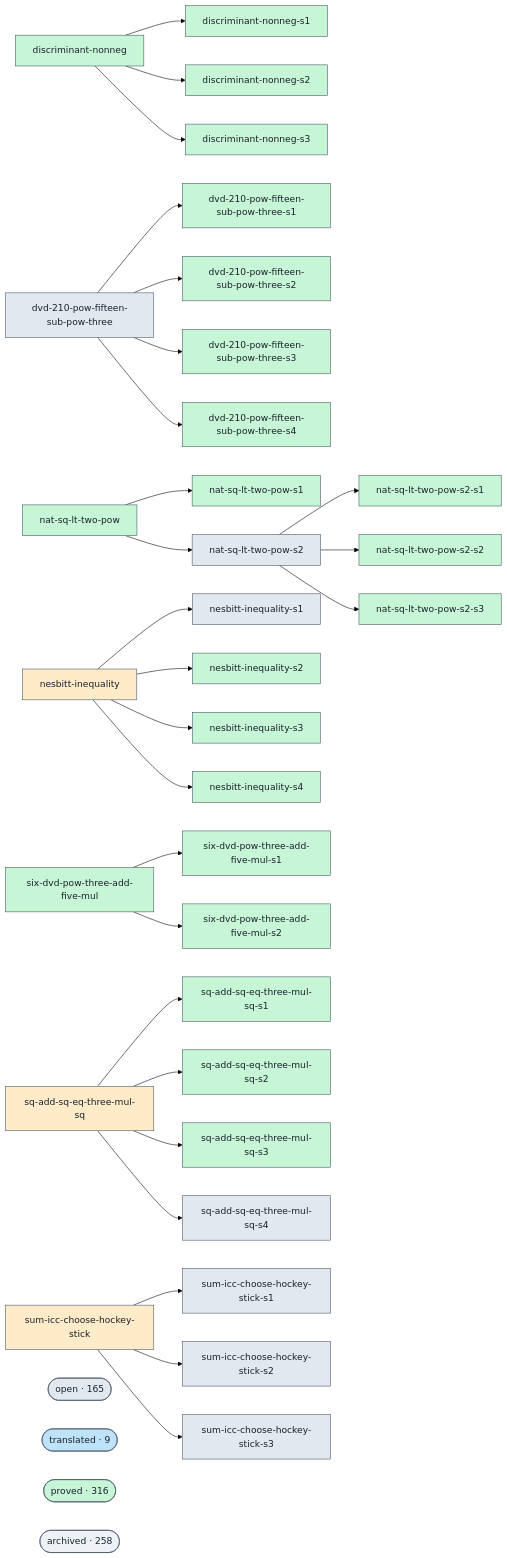
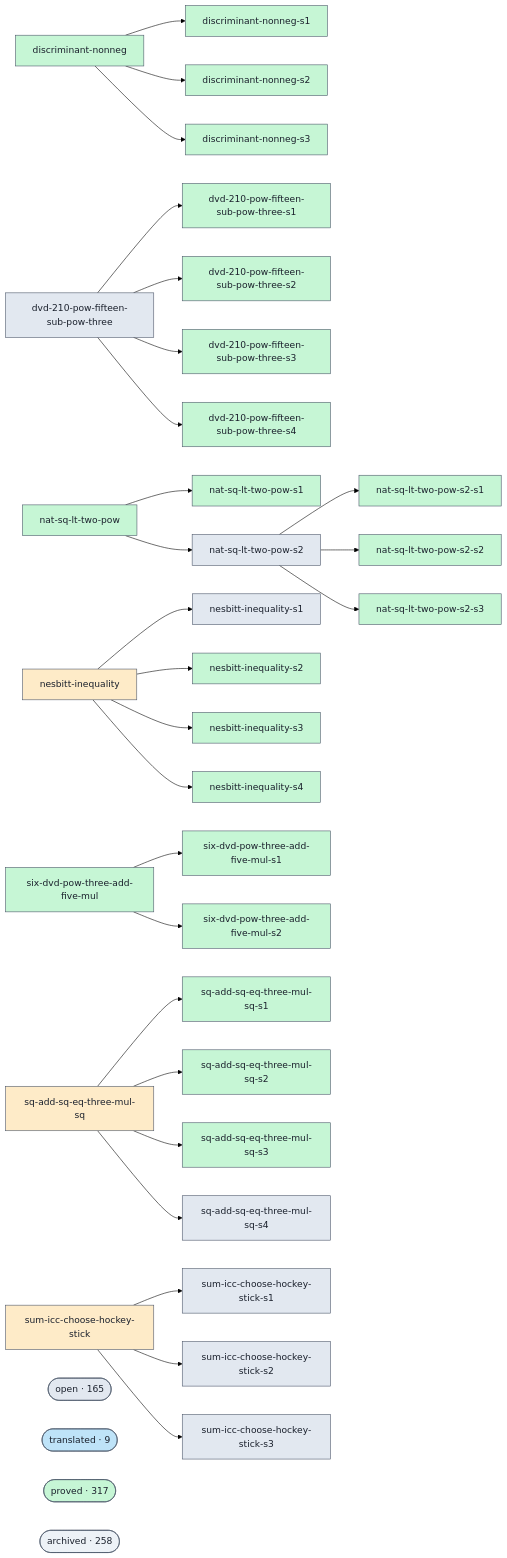
The diagram in docs/proofs-contributors-visualisation.md (ohdearquant/unsorry), drawn with Mermaid (forest theme) before and after one commit. The commit also changed other lines of this file and 2 other files, not shown here.

```diff
--- a/docs/proofs-contributors-visualisation.md
+++ b/docs/proofs-contributors-visualisation.md
@@ -147,7 +147,7 @@
   class cluster_open open;
   cluster_translated(["translated · 9"])
   class cluster_translated translated;
-  cluster_proved(["proved · 316"])
+  cluster_proved(["proved · 317"])
   class cluster_proved proved;
   cluster_archived(["archived · 258"])
   class cluster_archived unknown;
```
